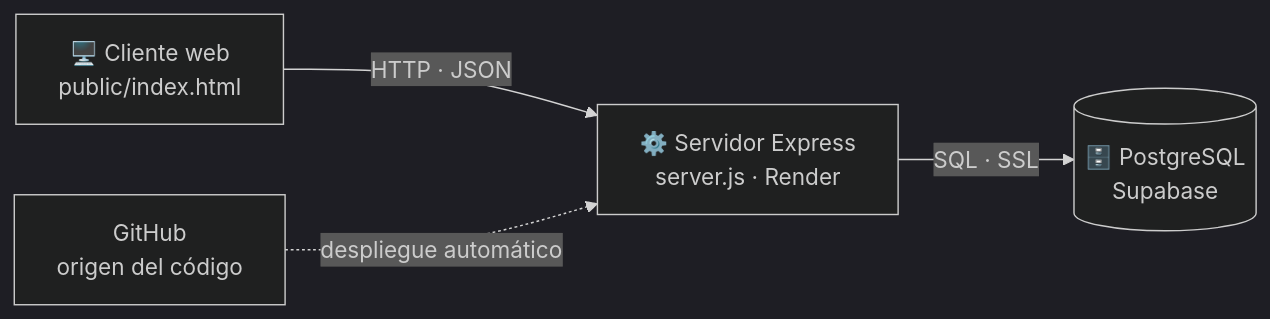
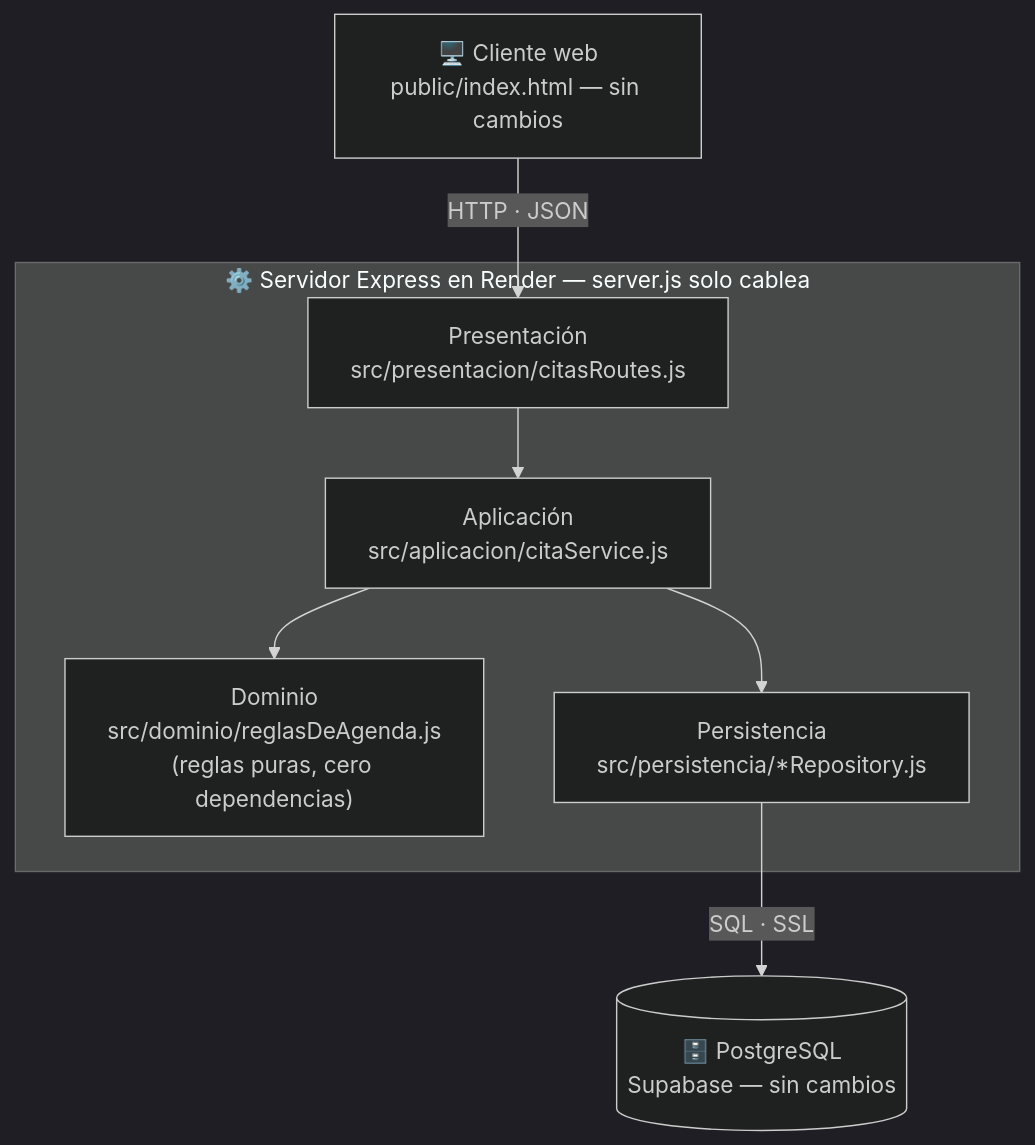
The diagram in README.md (ebuitrago/demo-cliente-servidor), drawn with Mermaid (dark theme) before and after one commit. The commit also changed other lines of this file and 9 other files, not shown here.

````diff
--- a/README.md
+++ b/README.md
@@ -25,6 +26,10 @@
 ```mermaid
-flowchart LR
-    C["🖥️ Cliente web<br/>public/index.html"] -- "HTTP · JSON" --> S["⚙️ Servidor Express<br/>server.js · Render"]
-    S -- "SQL · SSL" --> D[("🗄️ PostgreSQL<br/>Supabase")]
-    G["GitHub<br/>origen del código"] -. "despliegue automático" .-> S
+flowchart TB
+    C["🖥️ Cliente web<br/>public/index.html — sin cambios"] -- "HTTP · JSON" --> P
+    subgraph S["⚙️ Servidor Express en Render — server.js solo cablea"]
+        P["Presentación<br/>src/presentacion/citasRoutes.js"] --> A["Aplicación<br/>src/aplicacion/citaService.js"]
+        A --> D["Dominio<br/>src/dominio/reglasDeAgenda.js<br/>(reglas puras, cero dependencias)"]
+        A --> R["Persistencia<br/>src/persistencia/*Repository.js"]
+    end
+    R -- "SQL · SSL" --> PG[("🗄️ PostgreSQL<br/>Supabase — sin cambios")]
 ```
````
